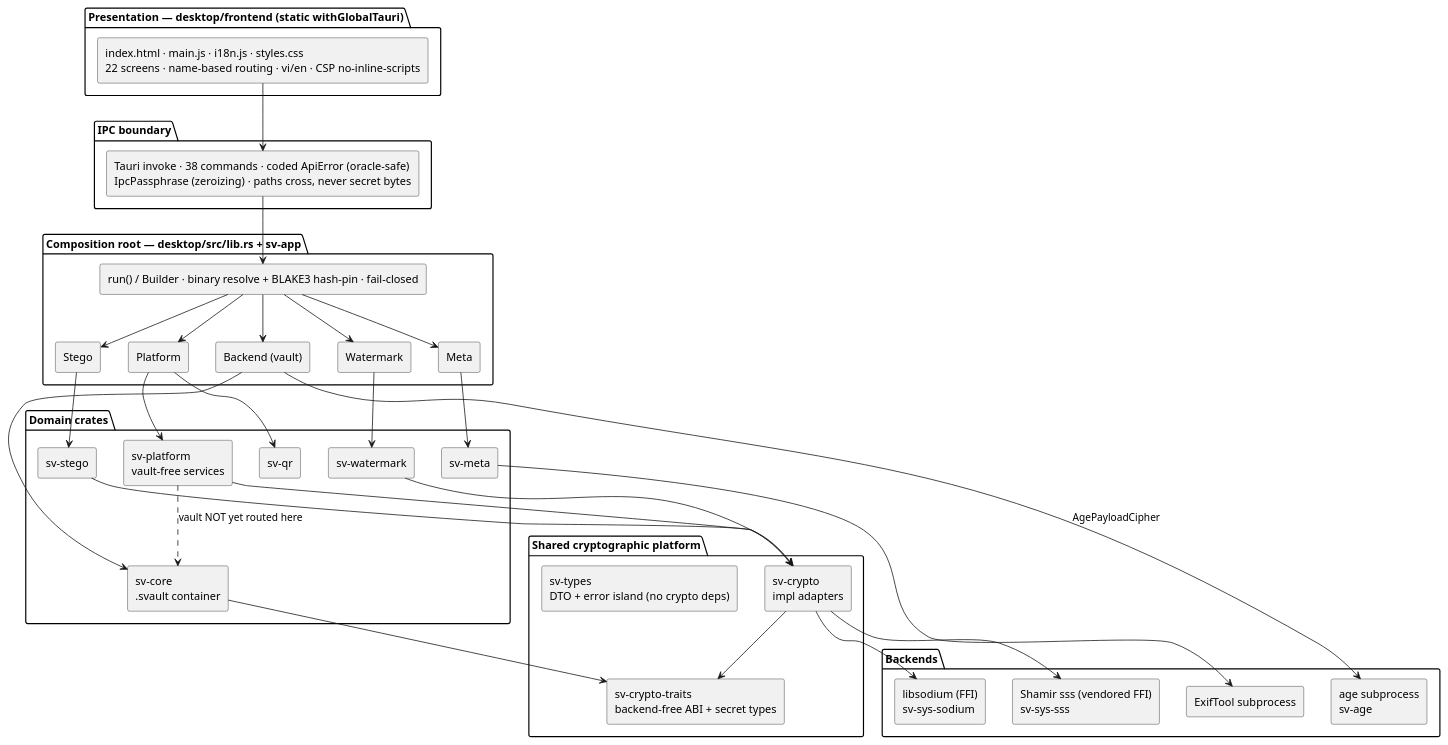
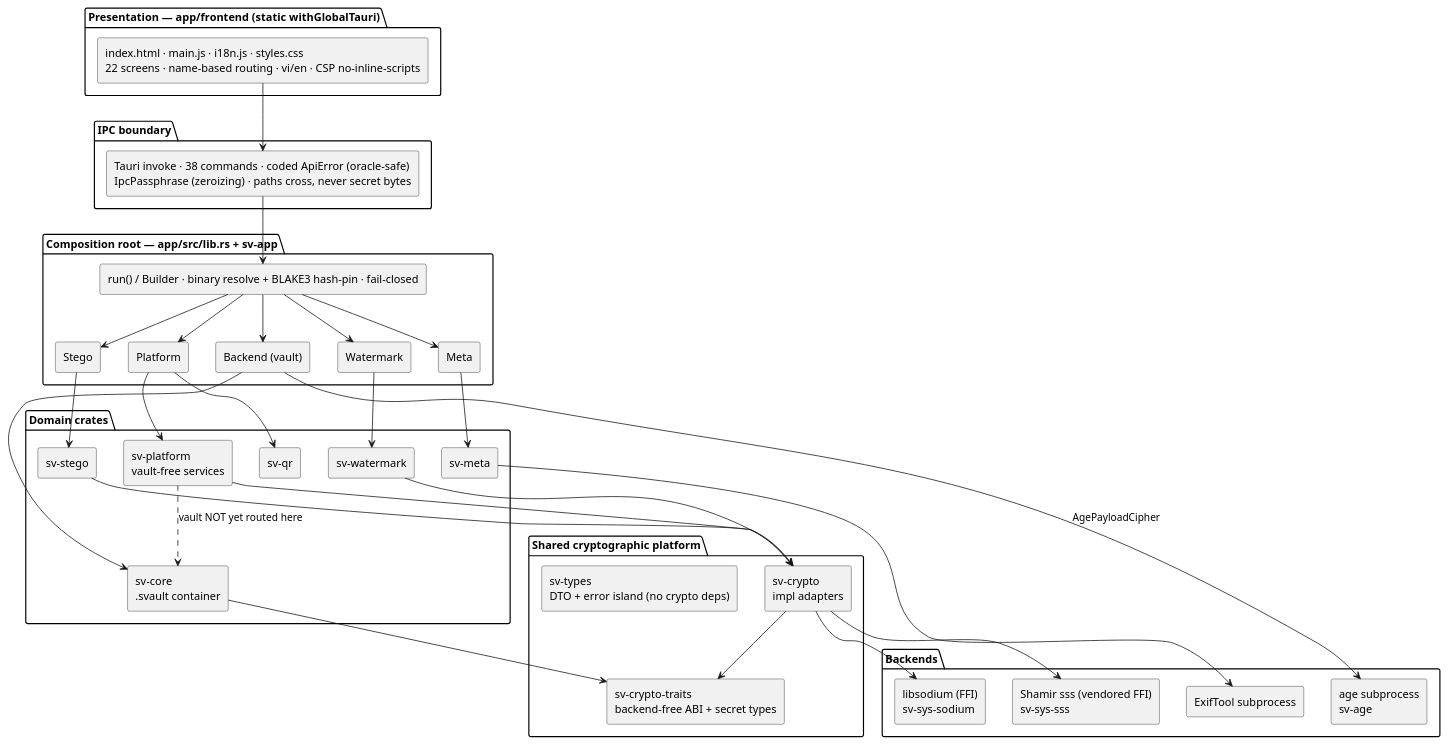
The second of 23 diagrams in docs/architecture/10-report-diagrams.plantuml.md (imtoiteu/secure-vault-research), drawn with PlantUML before and after one commit. The commit also changed 58 other files, not shown here.

First line of the commit message:
refactor: rename desktop/ to app/ for the shared multi-platform shell

````diff
--- a/docs/architecture/10-report-diagrams.plantuml.md
+++ b/docs/architecture/10-report-diagrams.plantuml.md
@@ -44,61 +44,61 @@
 ```plantuml
 @startuml
 top to bottom direction
-package "Presentation — desktop/frontend (static withGlobalTauri)" {
+package "Presentation — app/frontend (static withGlobalTauri)" {
   rectangle "index.html · main.js · i18n.js · styles.css\n22 screens · name-based routing · vi/en · CSP no-inline-scripts" as UI
 }
 package "IPC boundary" {
   rectangle "Tauri invoke · 38 commands · coded ApiError (oracle-safe)\nIpcPassphrase (zeroizing) · paths cross, never secret bytes" as IPC
 }
-package "Composition root — desktop/src/lib.rs + sv-app" {
+package "Composition root — app/src/lib.rs + sv-app" {
   rectangle "run() / Builder · binary resolve + BLAKE3 hash-pin · fail-closed" as CR
   rectangle "Backend (vault)" as MS1
   rectangle "Platform" as MS2
   rectangle "Stego" as MS3
   rectangle "Meta" as MS4
   rectangle "Watermark" as MS5
 }
 package "Domain crates" {
   rectangle "sv-core\n.svault container" as Core
   rectangle "sv-platform\nvault-free services" as Plat
   rectangle "sv-stego" as Stego
   rectangle "sv-meta" as Meta
   rectangle "sv-qr" as Qr
   rectangle "sv-watermark" as Wm
 }
 package "Shared cryptographic platform" {
   rectangle "sv-crypto-traits\nbackend-free ABI + secret types" as Traits
   rectangle "sv-crypto\nimpl adapters" as Crypto
   rectangle "sv-types\nDTO + error island (no crypto deps)" as Types
 }
 package "Backends" {
   rectangle "libsodium (FFI)\nsv-sys-sodium" as Sodium
   rectangle "Shamir sss (vendored FFI)\nsv-sys-sss" as Sss
   rectangle "age subprocess\nsv-age" as AgeB
   rectangle "ExifTool subprocess" as ExifB
 }
 UI --> IPC
 IPC --> CR
 CR --> MS1
 CR --> MS2
 CR --> MS3
 CR --> MS4
 CR --> MS5
 MS1 --> Core
 MS2 --> Plat
 MS2 --> Qr
 MS3 --> Stego
 MS4 --> Meta
 MS5 --> Wm
 Core --> Traits
 Plat --> Crypto
 Stego --> Crypto
 Wm --> Crypto
 Crypto --> Traits
 Crypto --> Sodium
 Crypto --> Sss
 MS1 --> AgeB : AgePayloadCipher
 Meta --> ExifB
 Plat ..> Core : vault NOT yet routed here
 @enduml
 ```
````
